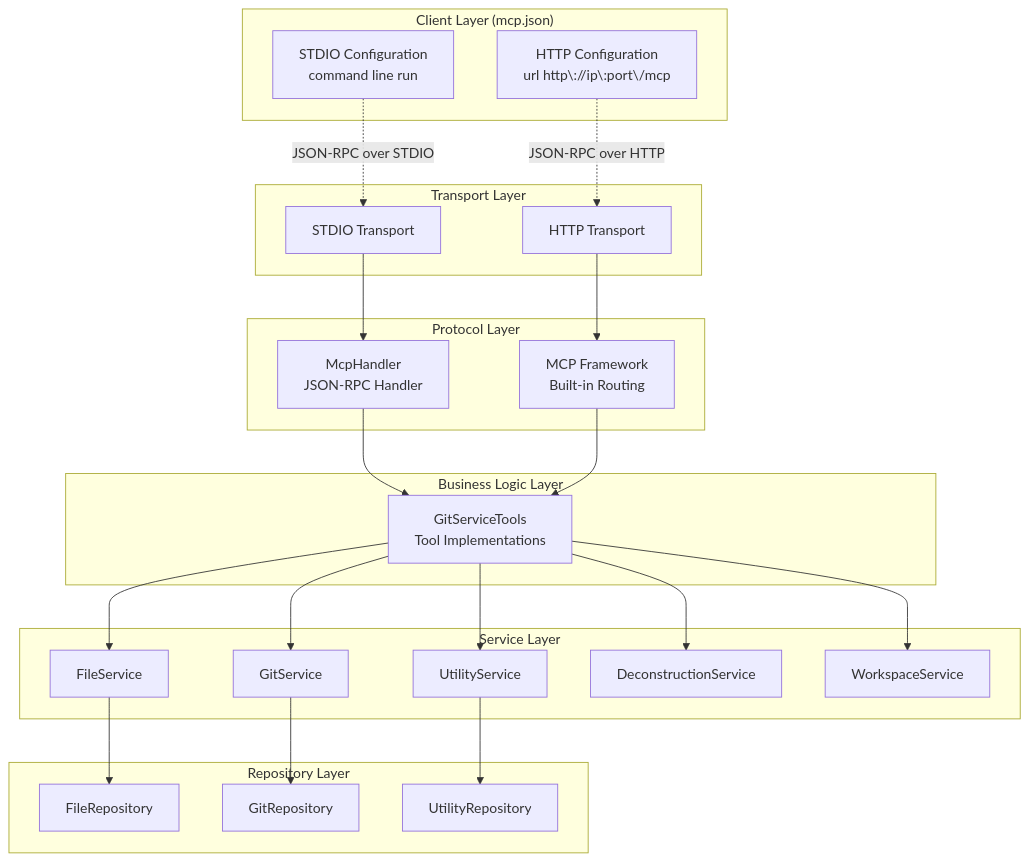
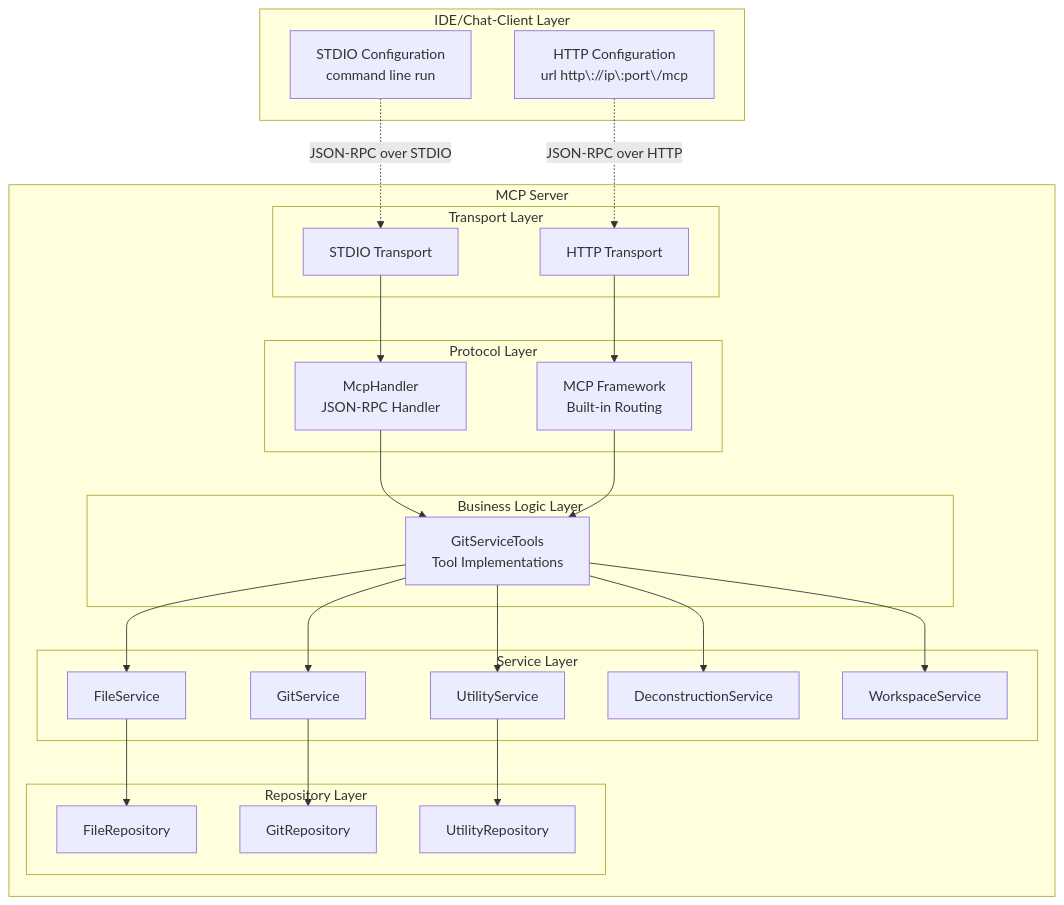
Before and after one commit to MCPRUNNER/GitVisionMCP: the first of 9 diagrams in Documentation/ARCHITECTURE.md, drawn with Mermaid. The commit also changed 3 other files, not shown here.

````diff
--- a/Documentation/ARCHITECTURE.md
+++ b/Documentation/ARCHITECTURE.md
@@ -9,53 +9,57 @@
 ```mermaid
 graph TB
-    subgraph "Client Layer (mcp.json)"
+    subgraph "IDE/Chat-Client Layer"
         VSCode[STDIO Configuration<br/>command line run]
         HTTPClient[HTTP Configuration<br/>url http\://ip\:port\/mcp]
     end
 
-    subgraph "Transport Layer"
-        STDIO[STDIO Transport]
-        HTTP[HTTP Transport]
+    subgraph MCP["MCP Server"]
+        subgraph "Transport Layer"
+            STDIO[STDIO Transport]
+            HTTP[HTTP Transport]
+        end
+
+        subgraph "<center>Protocol Layer</center>"
+            McpHandler[McpHandler<br/>JSON-RPC Handler]
+            McpFramework[MCP Framework<br/>Built-in Routing]
+        end
+
+        subgraph "<center>Business Logic Layer</center>"
+            GitServiceTools[GitServiceTools<br/>Tool Implementations]
+        end
+
+        subgraph "<center>Service Layer</center>"
+            GitService[GitService]
+            FileService[FileService]
+            UtilityService[UtilityService]
+            DeconstructionService[DeconstructionService]
+            WorkspaceService[WorkspaceService]
+        end
+
+        subgraph "<center>Repository Layer</center>"
+            FileRepository[FileRepository]
+            GitRepository[GitRepository]
+            UtilityRepository[UtilityRepository]
+        end
+
+        STDIO --> McpHandler
+        HTTP --> McpFramework
+
+        McpHandler --> GitServiceTools
+        McpFramework --> GitServiceTools
+
+        GitServiceTools --> GitService
+        GitServiceTools --> FileService
+        GitServiceTools --> UtilityService
+        GitServiceTools --> DeconstructionService
+        GitServiceTools --> WorkspaceService
+        FileService --> FileRepository
+        GitService --> GitRepository
+        UtilityService --> UtilityRepository
     end
 
-    subgraph "Protocol Layer"
-        McpHandler[McpHandler<br/>JSON-RPC Handler]
-        McpFramework[MCP Framework<br/>Built-in Routing]
-    end
-
-    subgraph "Business Logic Layer"
-        GitServiceTools[GitServiceTools<br/>Tool Implementations]
-    end
-
-    subgraph "Service Layer"
-        GitService[GitService]
-        FileService[FileService]
-        UtilityService[UtilityService]
-        DeconstructionService[DeconstructionService]
-        WorkspaceService[WorkspaceService]
-    end
-    subgraph "Repository Layer"
-        FileRepository[FileRepository]
-        GitRepository[GitRepository]
-        UtilityRepository[UtilityRepository]
-    end
     VSCode -.->|JSON-RPC over STDIO| STDIO
     HTTPClient -.->|JSON-RPC over HTTP| HTTP
 
-    STDIO --> McpHandler
-    HTTP --> McpFramework
-
-    McpHandler --> GitServiceTools
-    McpFramework --> GitServiceTools
-
-    GitServiceTools --> GitService
-    GitServiceTools --> FileService
-    GitServiceTools --> UtilityService
-    GitServiceTools --> DeconstructionService
-    GitServiceTools --> WorkspaceService
-    FileService --> FileRepository
-    GitService --> GitRepository
-    UtilityService --> UtilityRepository
-
 
 ```
````
